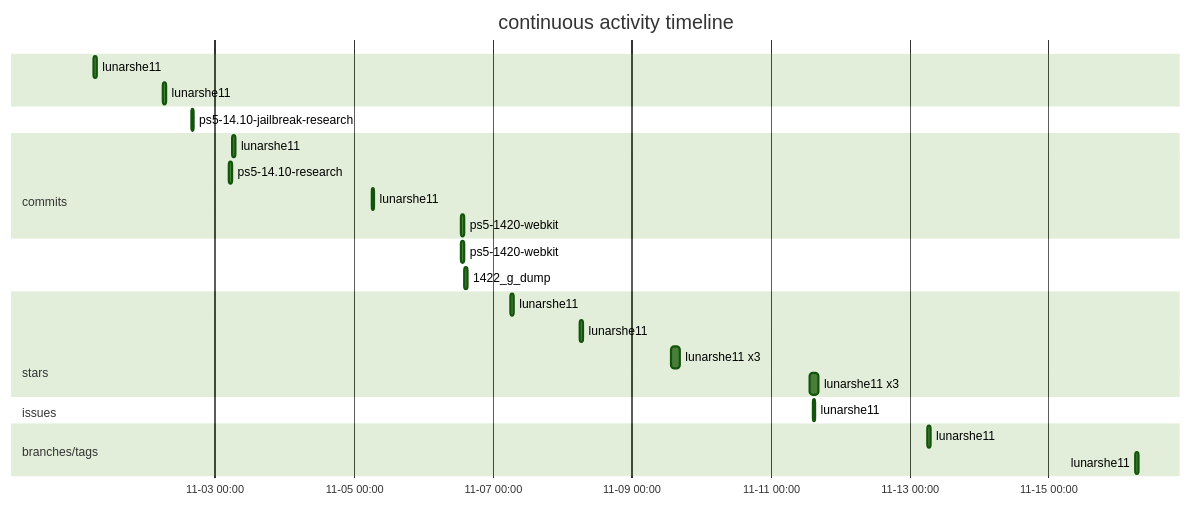
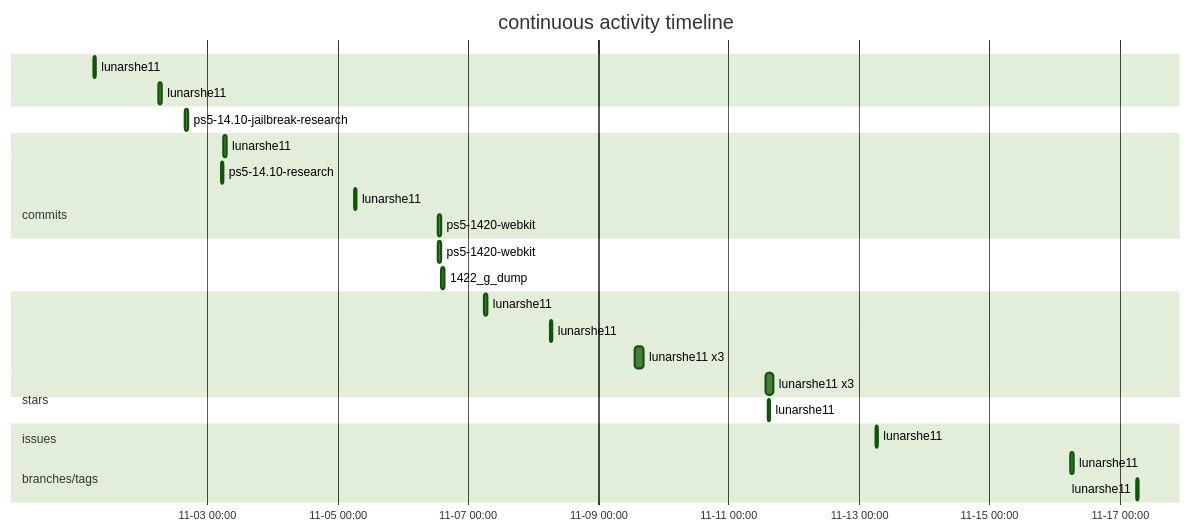
Before and after one commit to lunarshe11/lunarshe11: the first of 3 diagrams in README.md, drawn with Mermaid (forest theme). The commit also changed other lines of this file, not shown here.

````diff
--- a/README.md
+++ b/README.md
@@ -13,31 +13,32 @@
 ```mermaid
 gantt
     title continuous activity timeline
     dateFormat  YYYY-MM-DD HH:mm
     axisFormat  %m-%d %H:%M
     section commits
         lunarshe11 :2026-11-01 06:05, 1h
         lunarshe11 :2026-11-02 06:05, 1h
     section stars
         ps5-14.10-jailbreak-research :2026-11-02 15:49, 1h
     section commits
         lunarshe11 :2026-11-03 06:05, 1h
     section issues
         ps5-14.10-research :2026-11-03 04:55, 1h
     section commits
         lunarshe11 :2026-11-05 06:05, 1h
         ps5-1420-webkit :2026-11-06 13:07, 1h
     section branches/tags
         ps5-1420-webkit :2026-11-06 12:59, 1h
         1422_g_dump :2026-11-06 14:11, 1h
     section commits
         lunarshe11 :2026-11-07 06:05, 1h
         lunarshe11 :2026-11-08 06:05, 1h
         lunarshe11 x3 :2026-11-09 13:33, 3h
         lunarshe11 x3 :2026-11-11 13:37, 3h
     section stars
         lunarshe11 :2026-11-11 14:30, 1h
     section commits
         lunarshe11 :2026-11-13 06:05, 1h
         lunarshe11 :2026-11-16 06:05, 1h
+        lunarshe11 :2026-11-17 06:05, 1h
 ```
````
